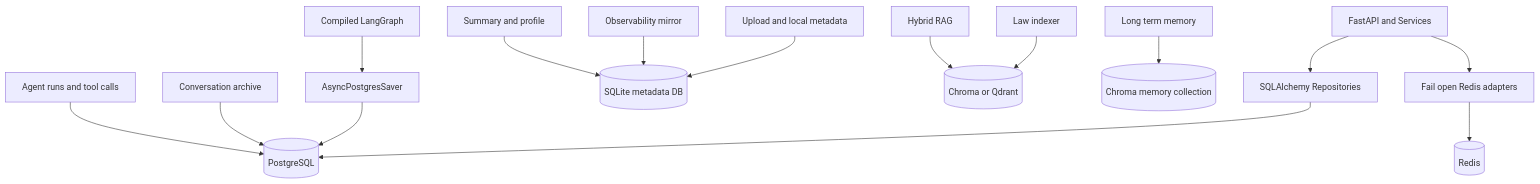
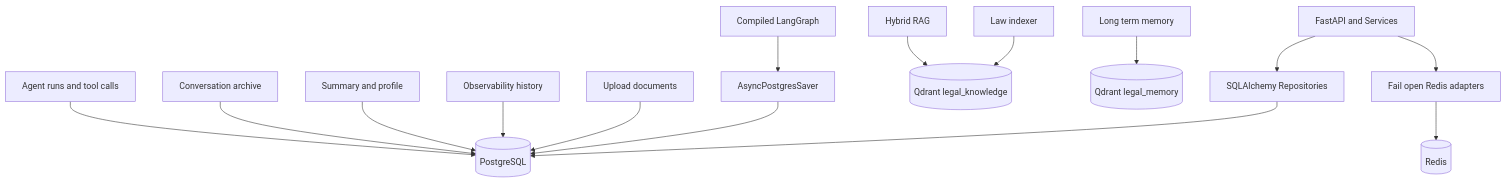
The first of 2 diagrams in docs/architecture/persistence.md (uuo00n/lexcore-legal-agent), drawn with Mermaid before and after one commit. The commit also changed other lines of this file and 28 other files, not shown here.

````diff
--- a/docs/architecture/persistence.md
+++ b/docs/architecture/persistence.md
@@ -8,21 +8,21 @@
 ```mermaid
 flowchart TB
     API[FastAPI and Services] --> Repositories[SQLAlchemy Repositories]
     Repositories --> PG[(PostgreSQL)]
     Graph[Compiled LangGraph] --> Saver[AsyncPostgresSaver]
     Saver --> PG
 
     API --> RedisLayer[Fail open Redis adapters]
     RedisLayer --> Redis[(Redis)]
 
-    Upload[Upload and local metadata] --> SQLite[(SQLite metadata DB)]
-    Observe[Observability mirror] --> SQLite
-    Summary[Summary and profile] --> SQLite
+    Upload[Upload documents] --> PG
+    Observe[Observability history] --> PG
+    Summary[Summary and profile] --> PG
 
-    Indexer[Law indexer] --> Vector[(Chroma or Qdrant)]
-    RAG[Hybrid RAG] --> Vector
-    LongMemory[Long term memory] --> MemoryCollection[(Chroma memory collection)]
+    Indexer[Law indexer] --> LegalCollection[(Qdrant legal_knowledge)]
+    RAG[Hybrid RAG] --> LegalCollection
+    LongMemory[Long term memory] --> MemoryCollection[(Qdrant legal_memory)]
 
     Archive[Conversation archive] --> PG
     Runs[Agent runs and tool calls] --> PG
 ```
````
